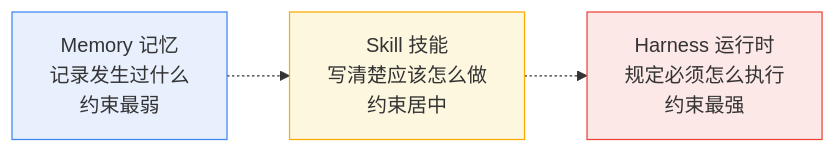
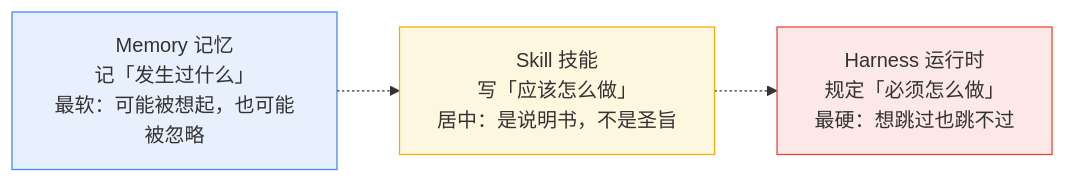
One commit to nehcuh/vibesop-py changed the first of 8 diagrams in docs/skill-routing-explained.md. Above: the diagram before and after it, drawn with Mermaid. The commit also changed other lines of this file and 4 other files, not shown here.

````diff
--- a/docs/skill-routing-explained.md
+++ b/docs/skill-routing-explained.md
@@ -24,11 +28,10 @@
 ```mermaid
 flowchart LR
-    M["Memory 记忆<br/>记录发生过什么<br/>约束最弱"]
-    S["Skill 技能<br/>写清楚应该怎么做<br/>约束居中"]
-    H["Harness 运行时<br/>规定必须怎么执行<br/>约束最强"]
-    M -.-> S
-    S -.-> H
+    M["Memory 记忆<br/>记「发生过什么」<br/>最软：可能被想起，也可能被忽略"]
+    S["Skill 技能<br/>写「应该怎么做」<br/>居中：是说明书，不是圣旨"]
+    H["Harness 运行时<br/>规定「必须怎么做」<br/>最硬：想跳过也跳不过"]
+    M -.-> S -.-> H
     style M fill:#e8f0fe,stroke:#4285f4
     style S fill:#fef7e0,stroke:#f9ab00
     style H fill:#fce8e6,stroke:#ea4335
 ```
````
